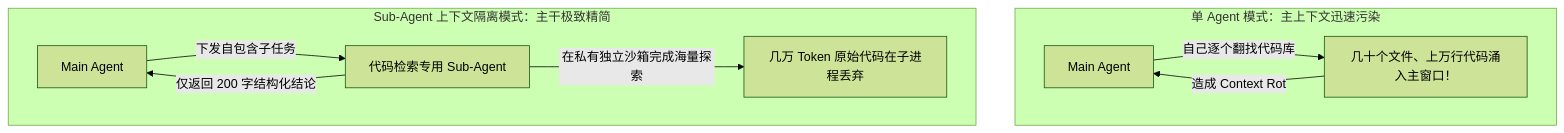
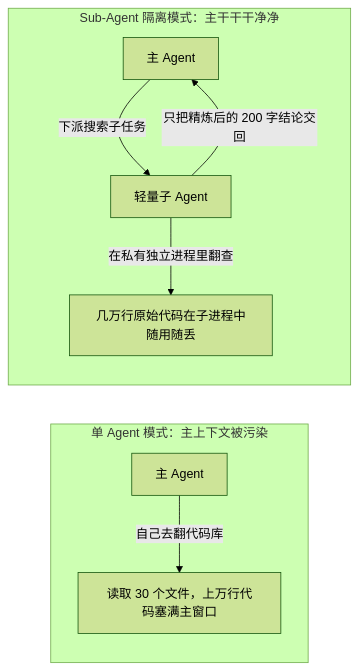
Before and after one commit to ljh12138164/ai-agent-study: the third of 3 diagrams in app/ch02-context/05-compression-strategies/page.mdx, drawn with Mermaid (forest theme). The commit also changed other lines of this file and 43 other files, not shown here.

````diff
--- a/app/ch02-context/05-compression-strategies/page.mdx
+++ b/app/ch02-context/05-compression-strategies/page.mdx
@@ -78,13 +65,12 @@
 ```mermaid
-graph TD
-    subgraph Naive["单 Agent 模式：主上下文迅速污染"]
-        Main1[Main Agent] -->|自己逐个翻找代码库| Files["几十个文件、上万行代码涌入主窗口！"]
-        Files -->|造成 Context Rot| Main1
+flowchart LR
+    subgraph Bad["单 Agent 模式：主上下文被污染"]
+        M1[主 Agent] -->|自己去翻代码库| R1["读取 30 个文件，上万行代码塞满主窗口"]
     end
 
-    subgraph Isolated["Sub-Agent 上下文隔离模式：主干极致精简"]
-        Main2[Main Agent] -->|下发自包含子任务| Sub["代码检索专用 Sub-Agent"]
-        Sub -->|在私有独立沙箱完成海量探索| Temp["几万 Token 原始代码在子进程丢弃"]
-        Sub -->|仅返回 200 字结构化结论| Main2
+    subgraph Good["Sub-Agent 隔离模式：主干干干净净"]
+        M2[主 Agent] -->|下派搜索子任务| Sub["轻量子 Agent"]
+        Sub -->|在私有独立进程里翻查| Temp["几万行原始代码在子进程中随用随丢"]
+        Sub -->|只把精炼后的 200 字结论交回| M2
     end
 ```
````
